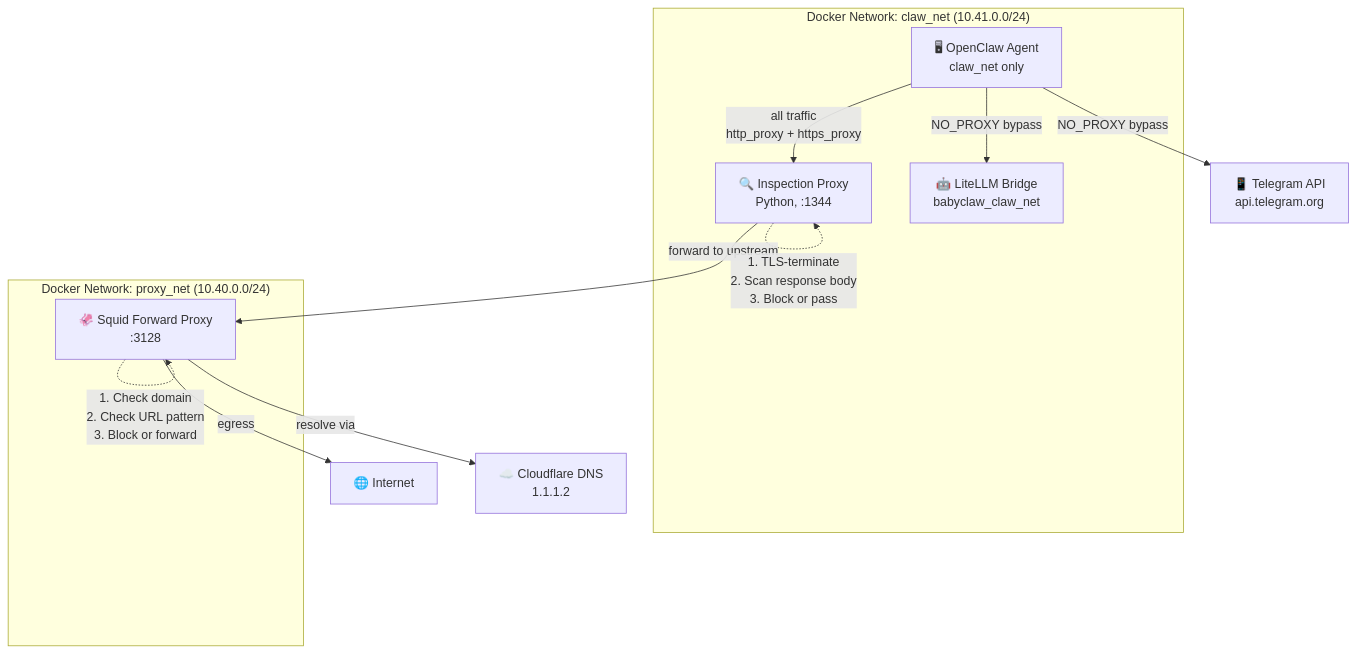
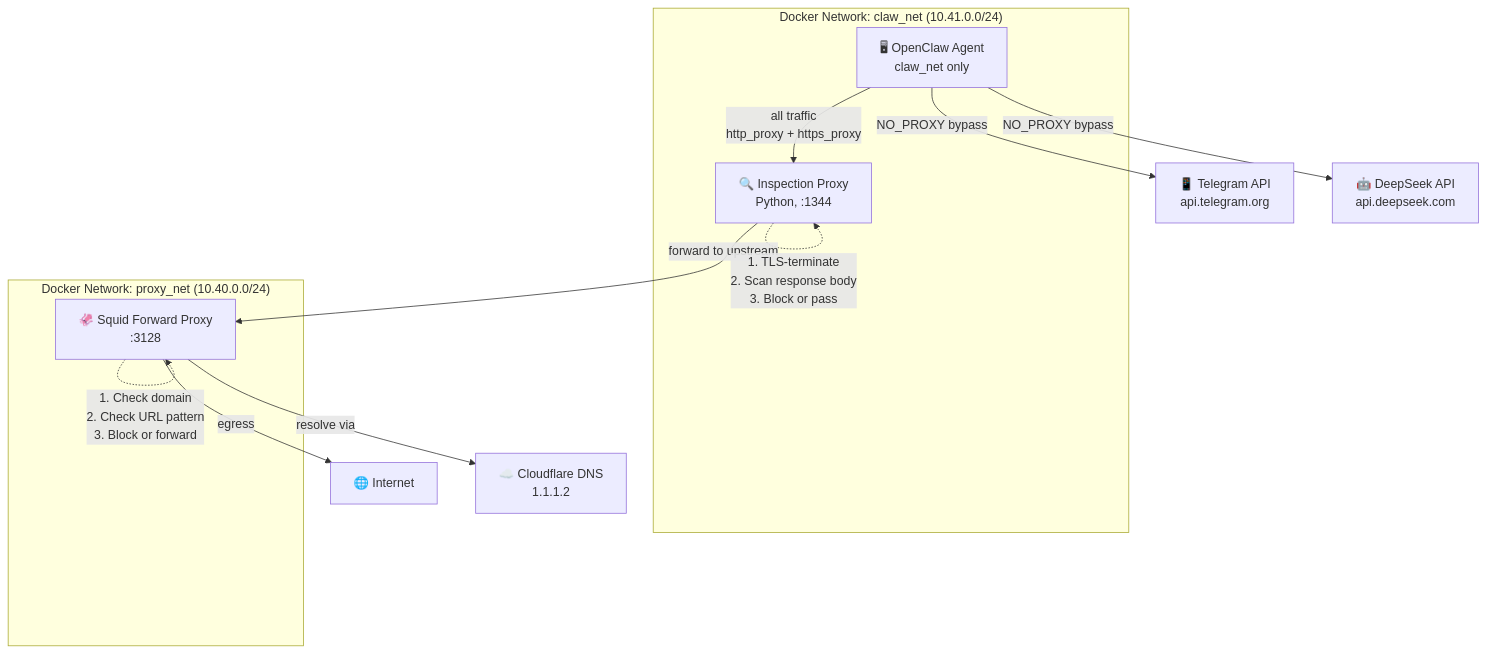
Before and after one commit to mandivandermerwe/babyclaw: the diagram in README.md, drawn with Mermaid. The commit also changed other lines of this file and 6 other files, not shown here.

First line of the commit message:
refactor: replace LiteLLM with DeepSeek direct provider

````diff
--- a/README.md
+++ b/README.md
@@ -32,30 +32,29 @@
 ```mermaid
 graph TD
     A[🖥 OpenClaw Agent<br/>claw_net only]
     B[🔍 Inspection Proxy<br/>Python, :1344]
     C[🦑 Squid Forward Proxy<br/>:3128]
     D[🌐 Internet]
     E[☁️ Cloudflare DNS<br/>1.1.1.2]
     F[📱 Telegram API<br/>api.telegram.org]
-    G[🤖 LiteLLM Bridge<br/>babyclaw_claw_net]
+    G[🤖 DeepSeek API<br/>api.deepseek.com]
 
     subgraph "Docker Network: claw_net (10.41.0.0/24)"
         A
         B
-        G
     end
 
     subgraph "Docker Network: proxy_net (10.40.0.0/24)"
         C
     end
 
     A -->|"all traffic<br/>http_proxy + https_proxy"| B
     A -->|"NO_PROXY bypass"| F
     A -->|"NO_PROXY bypass"| G
     B -->|"forward to upstream"| C
     C -->|"resolve via"| E
     C -->|"egress"| D
 
     B -.->|"1. TLS-terminate<br/>2. Scan response body<br/>3. Block or pass"| B
     C -.->|"1. Check domain<br/>2. Check URL pattern<br/>3. Block or forward"| C
 ```
````
